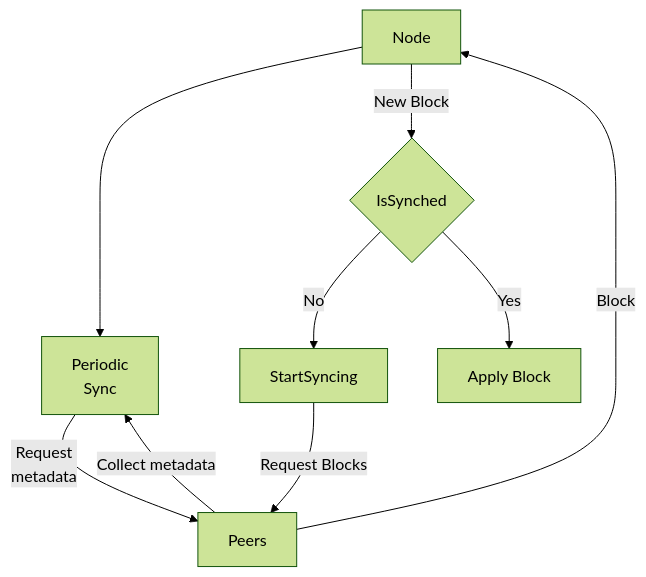
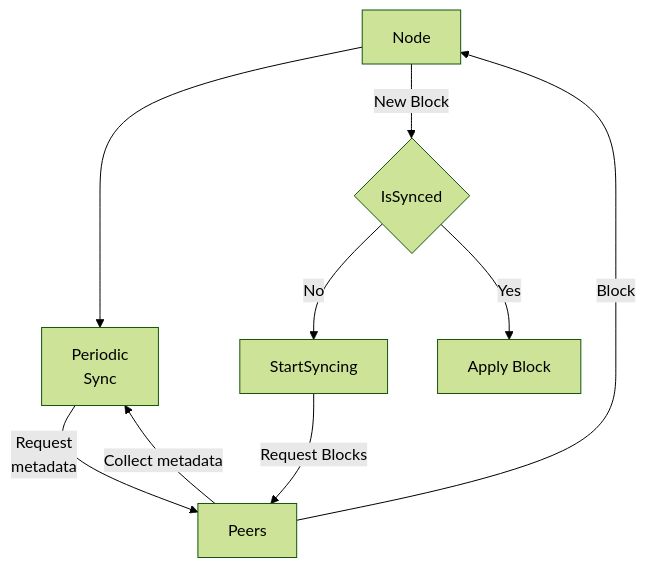
The second of 5 diagrams in consensus/doc/PROTOCOL_STATE_SYNC.md (pokt-network/pocket), drawn with Mermaid (forest theme) before and after one commit. The commit also changed other lines of this file and 12 other files, not shown here.

````diff
--- a/consensus/doc/PROTOCOL_STATE_SYNC.md
+++ b/consensus/doc/PROTOCOL_STATE_SYNC.md
@@ -111,20 +111,20 @@
 ```mermaid
 flowchart TD
     %% start
     A[Node] --> B[Periodic <br> Sync]
-    A[Node] --> |New Block| C{IsSynched}
+    A[Node] --> |New Block| C{IsSynced}
 
     %% periodic snyc
     B --> |Request <br> metadata| D[Peers]
     D[Peers] --> |Collect metadata| B[Periodic <br> Sync]
 
 
     %% is node sycnhed
     C -->  |No| E[StartSyncing]
     C -->  |Yes| F[Apply Block]
 
     %% syncing
     E --> |Request Blocks| D[Peers]
     D[Peers] --> |Block| A[Node]
 
 ```
````
